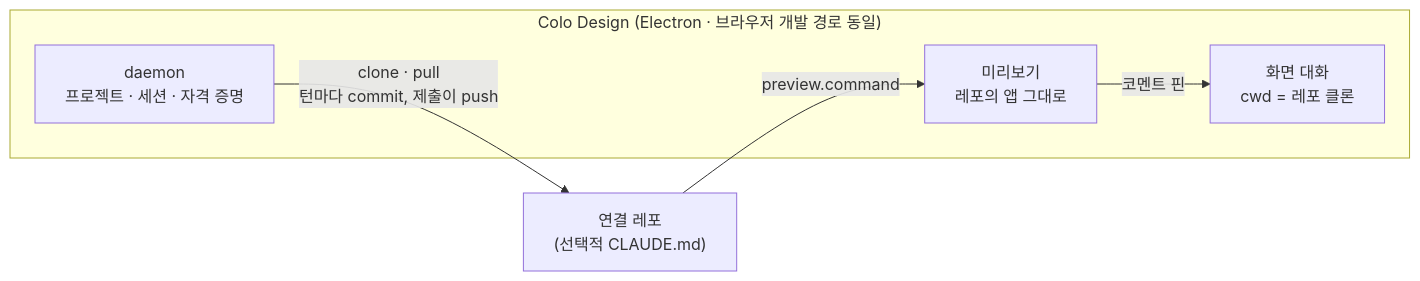
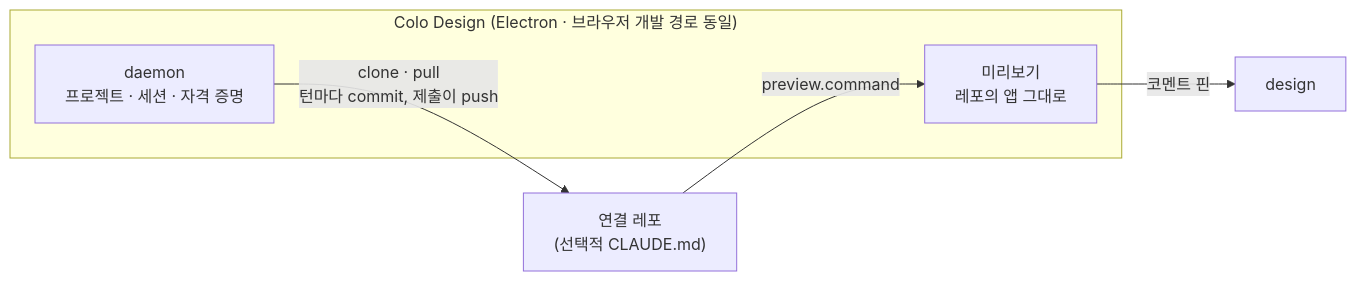
Before and after one commit to inkwonjung-colosseum/colo-design: the second of 2 diagrams in README.md, drawn with Mermaid. The commit also changed other lines of this file and 97 other files, not shown here.

````diff
--- a/README.md
+++ b/README.md
@@ -752,12 +795,11 @@
 ```mermaid
 flowchart LR
     subgraph app["Colo Design (Electron · 브라우저 개발 경로 동일)"]
-        design["화면 대화<br/>cwd = 레포 클론"]
         preview["미리보기<br/>레포의 앱 그대로"]
         daemon["daemon<br/>프로젝트 · 세션 · 자격 증명"]
     end
     repo["연결 레포<br/>(선택적 CLAUDE.md)"]
     daemon -->|"clone · pull<br/>턴마다 commit, 제출이 push"| repo
     repo -->|"preview.command"| preview
     preview -->|"코멘트 핀"| design
 ```
````
